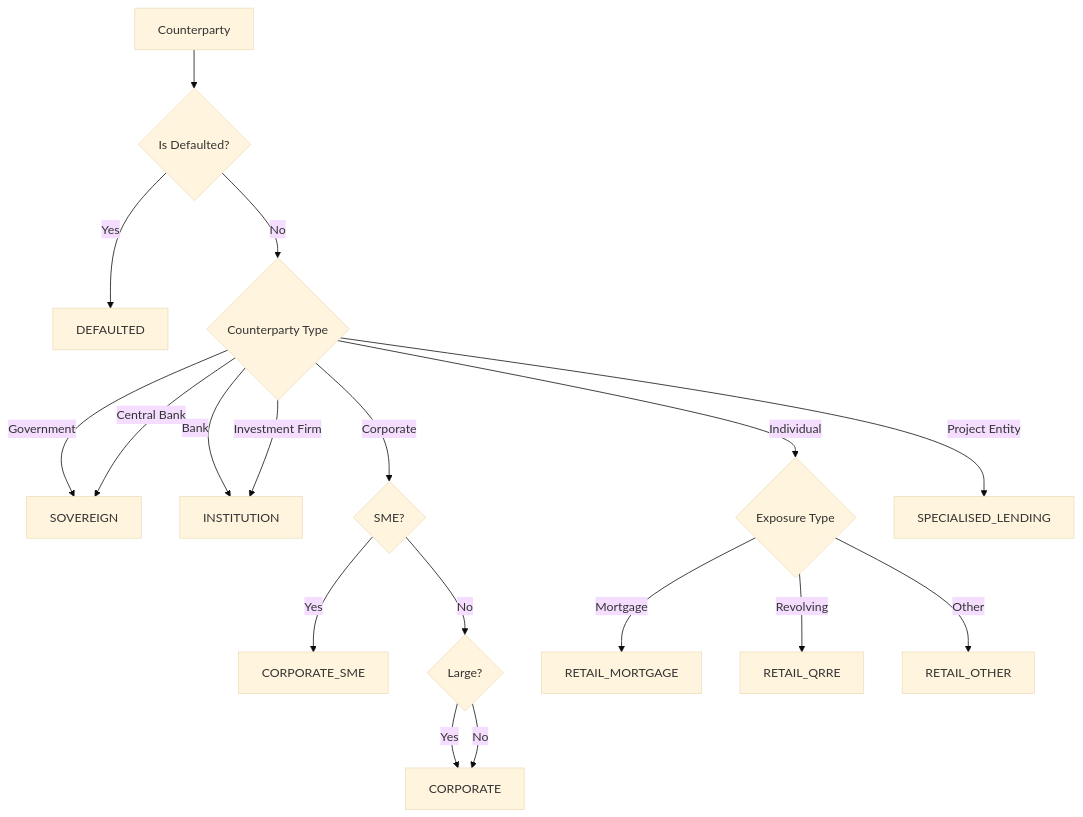
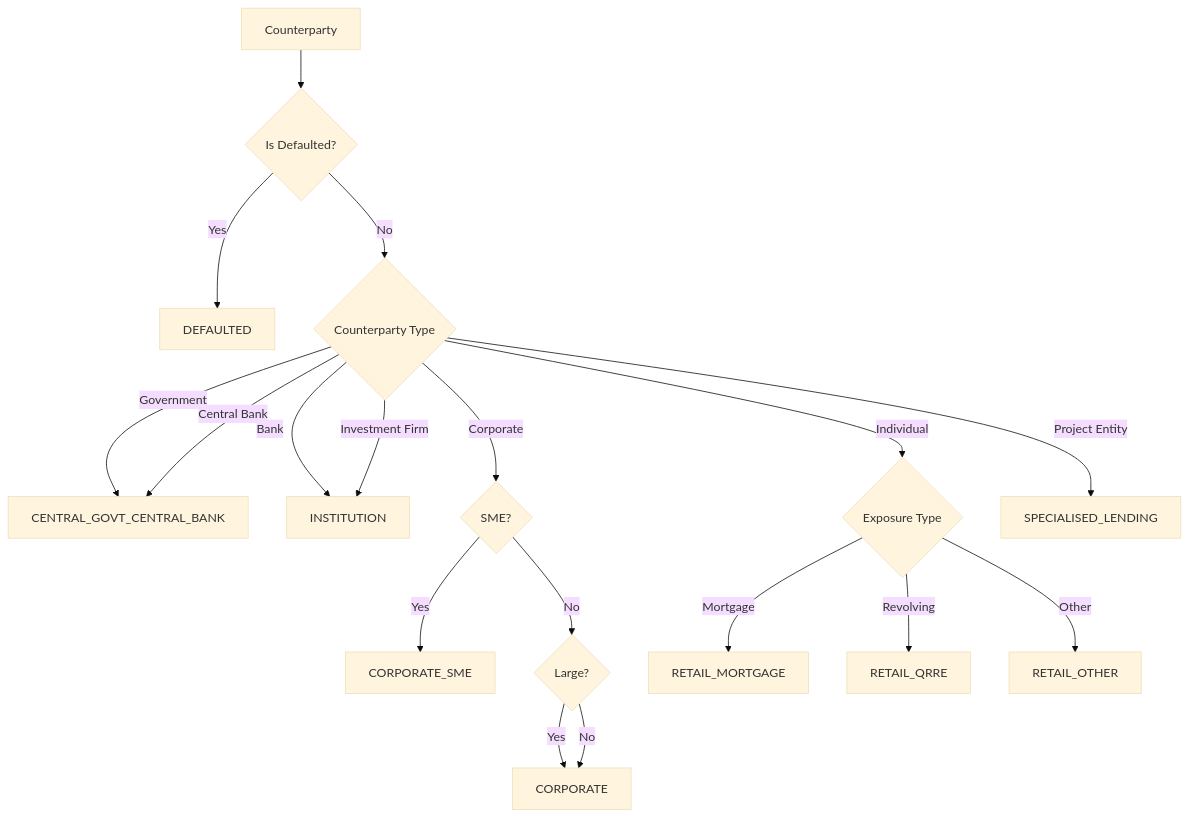
The second of 2 diagrams in docs/user-guide/exposure-classes/index.md (OpenAfterHours/rwa_calculator), drawn with Mermaid (base theme) before and after one commit. The commit also changed other lines of this file and 52 other files, not shown here.

First line of the commit message:
feat(correlation): rename sovereign exposure to central govt/central bank

````diff
--- a/docs/user-guide/exposure-classes/index.md
+++ b/docs/user-guide/exposure-classes/index.md
@@ -64,20 +64,20 @@
 ```mermaid
 flowchart TD
     A[Counterparty] --> B{Is Defaulted?}
     B -->|Yes| C[DEFAULTED]
     B -->|No| D{Counterparty Type}
-    D -->|Government| E[SOVEREIGN]
+    D -->|Government| E[CENTRAL_GOVT_CENTRAL_BANK]
     D -->|Central Bank| E
     D -->|Bank| F[INSTITUTION]
     D -->|Investment Firm| F
     D -->|Corporate| G{SME?}
     G -->|Yes| H[CORPORATE_SME]
     G -->|No| I{Large?}
     I -->|Yes| J[CORPORATE]
     I -->|No| J
     D -->|Individual| K{Exposure Type}
     K -->|Mortgage| L[RETAIL_MORTGAGE]
     K -->|Revolving| M[RETAIL_QRRE]
     K -->|Other| N[RETAIL_OTHER]
     D -->|Project Entity| O[SPECIALISED_LENDING]
 ```
````
